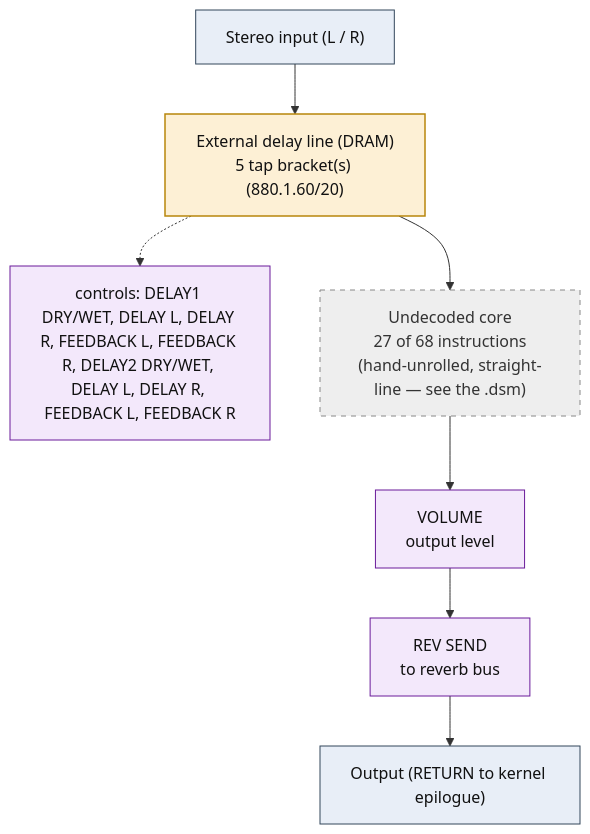
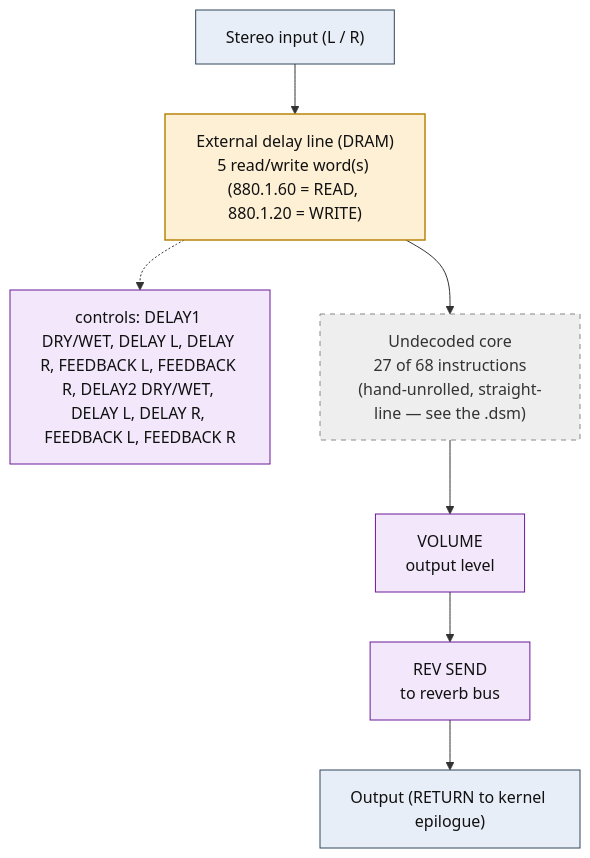
One commit to ArqueologiaDigital/kn5000-roms-disasm changed the diagram in dsp/flowcharts/prog65_s_delay_s_delay.md. Above: the diagram before and after it, drawn with Mermaid. The commit also changed other lines of this file and 86 other files, not shown here.

````diff
--- a/dsp/flowcharts/prog65_s_delay_s_delay.md
+++ b/dsp/flowcharts/prog65_s_delay_s_delay.md
@@ -12,27 +12,27 @@
 ```mermaid
 flowchart TD
     N0["Stereo input (L / R)"]
-    N1["External delay line (DRAM)<br/>5 tap bracket(s) (880.1.60/20)"]
+    N1["External delay line (DRAM)<br/>5 read/write word(s) (880.1.60 = READ, 880.1.20 = WRITE)"]
     N0 --> N1
     N2["controls: DELAY1 DRY/WET, DELAY L, DELAY R, FEEDBACK L, FEEDBACK R, DELAY2 DRY/WET, DELAY L, DELAY R, FEEDBACK L, FEEDBACK R"]
     N1 -.-> N2
     N3["Undecoded core<br/>27 of 68 instructions<br/>(hand-unrolled, straight-line &mdash; see the .dsm)"]
     N1 --> N3
     N4["VOLUME<br/>output level"]
     N3 --> N4
     N5["REV SEND<br/>to reverb bus"]
     N4 --> N5
     N6["Output (RETURN to kernel epilogue)"]
     N5 --> N6
 
     classDef io fill:#e8eef7,stroke:#33475b,stroke-width:1px,color:#111;
     classDef proven fill:#d7f0d7,stroke:#2e7d32,stroke-width:2px,color:#111;
     classDef measured fill:#dbe9fb,stroke:#1565c0,stroke-width:1.5px,color:#111;
     classDef inferred fill:#fdf0d5,stroke:#b8860b,stroke-width:1.5px,color:#111;
     classDef open fill:#eeeeee,stroke:#888,stroke-width:1px,color:#333,stroke-dasharray:5 5;
     classDef ctrl fill:#f3e8fb,stroke:#6a1b9a,stroke-width:1px,color:#111;
     class N0,N6 io;
     class N1 inferred;
     class N2,N4,N5 ctrl;
     class N3 open;
 ```
````
